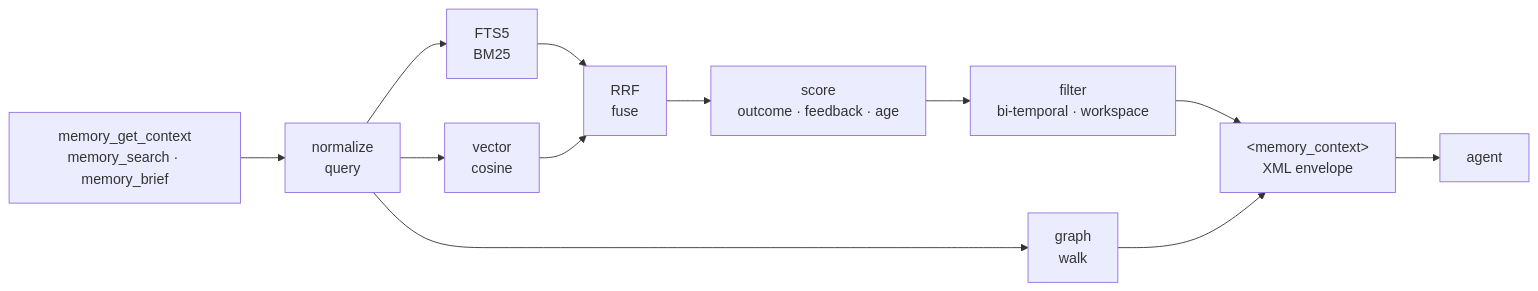
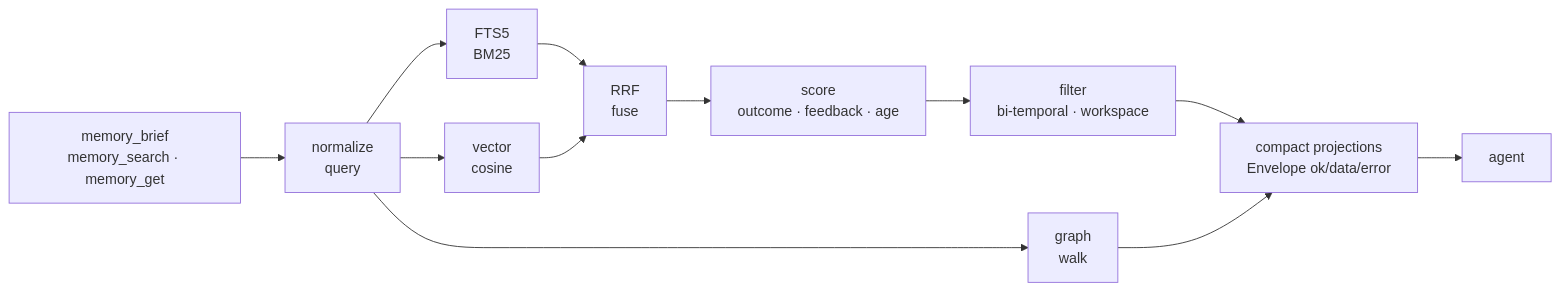
One commit to FrostieM/agentMemory changed the second of 3 diagrams in README.md. Above: the diagram before and after it, drawn with Mermaid. The commit also changed other lines of this file and 693 other files, not shown here.

````diff
--- a/README.md
+++ b/README.md
@@ -55,14 +55,14 @@
 ```mermaid
 flowchart LR
-    Q["memory_get_context<br/>memory_search · memory_brief"] --> NORM["normalize<br/>query"]
+    Q["memory_brief<br/>memory_search · memory_get"] --> NORM["normalize<br/>query"]
     NORM --> FTS["FTS5<br/>BM25"]
     NORM --> VEC["vector<br/>cosine"]
     NORM --> GRAPH["graph<br/>walk"]
     FTS --> RRF["RRF<br/>fuse"]
     VEC --> RRF
     RRF --> SCORE["score<br/>outcome · feedback · age"]
     SCORE --> FILTER["filter<br/>bi-temporal · workspace"]
-    FILTER --> ENV["&lt;memory_context&gt;<br/>XML envelope"]
+    FILTER --> ENV["compact projections<br/>Envelope ok/data/error"]
     GRAPH --> ENV
     ENV --> AGENT["agent"]
 ```
````
